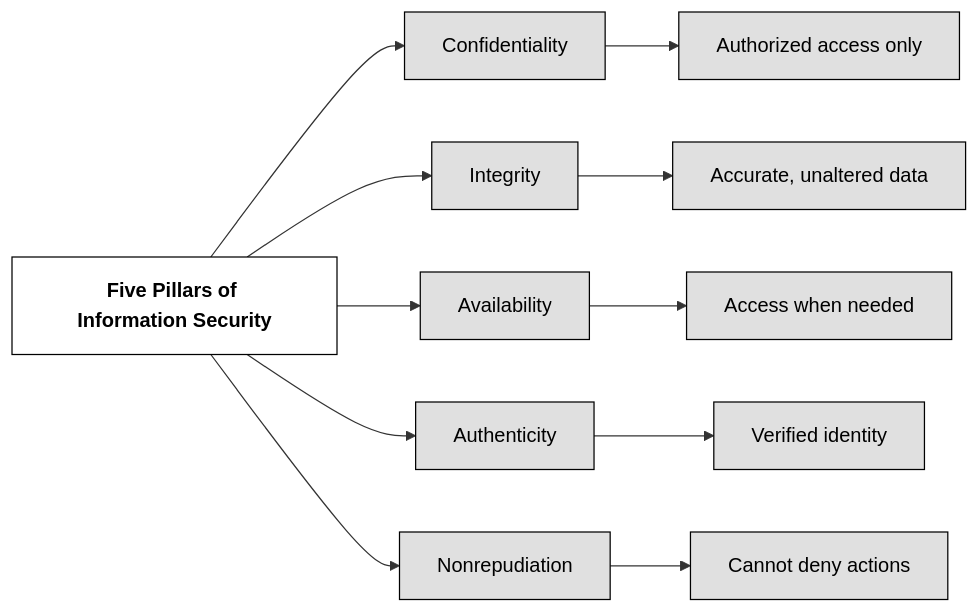
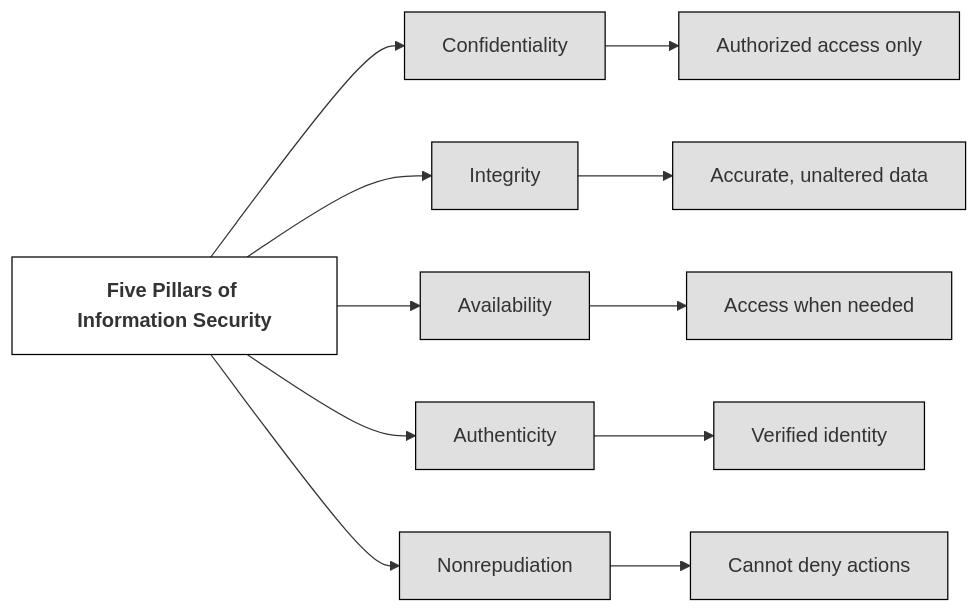
Before and after one commit to lorenzoleonelli/CISSP-Zero-to-Hero: the diagram in DOMAIN1 - Security and Risk Management/1.2 Understand and apply security concepts.md, drawn with Mermaid. The commit also changed other lines of this file and 2 other files, not shown here.

````diff
--- a/DOMAIN1 - Security and Risk Management/1.2 Understand and apply security concepts.md
+++ b/DOMAIN1 - Security and Risk Management/1.2 Understand and apply security concepts.md
@@ -12,26 +12,27 @@
 ```mermaid
 
 graph LR
     A[Five Pillars of Information Security]
 
     A --> C[Confidentiality]
     C --> C1[Authorized access only]
 
     A --> I[Integrity]
     I --> I1[Accurate, unaltered data]
 
     A --> AV[Availability]
     AV --> AV1[Access when needed]
 
     A --> AU[Authenticity]
     AU --> AU1[Verified identity]
 
     A --> N[Nonrepudiation]
     N --> N1[Cannot deny actions]
 
-    classDef center fill:#ffffff,color:#000000,stroke:#000000,stroke-width:1px,font-weight:bold
-    classDef node fill:#e0e0e0,color:#000000,stroke:#000000,stroke-width:1px
-    
+    classDef center fill:#ffffff,stroke:#000000,stroke-width:1px,font-weight:bold
+    classDef node fill:#e0e0e0,stroke:#000000,stroke-width:1px
+
     class A center
-    class C,C1,C2,I,I1,I2,AV,AV1,AV2,AU,AU1,AU2,N,N1,N2 node
+    class C,C1,I,I1,AV,AV1,AU,AU1,N,N1 node
+
 ```
````
